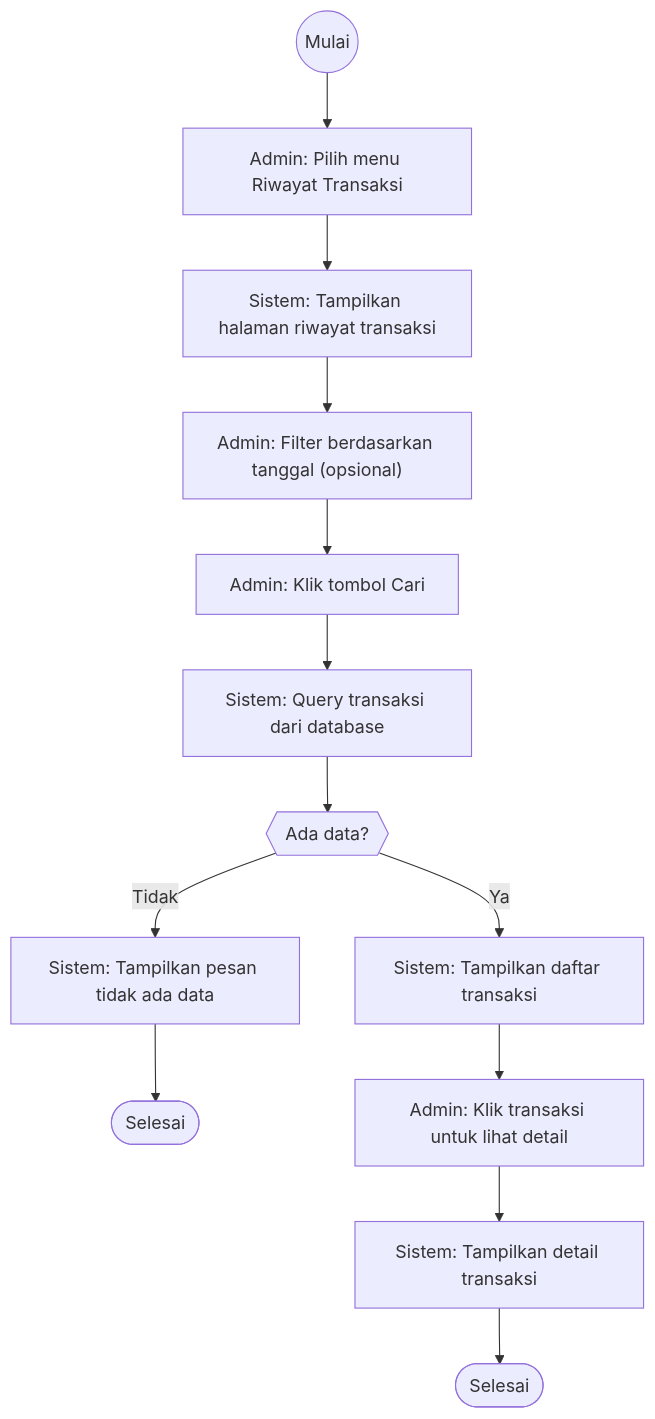
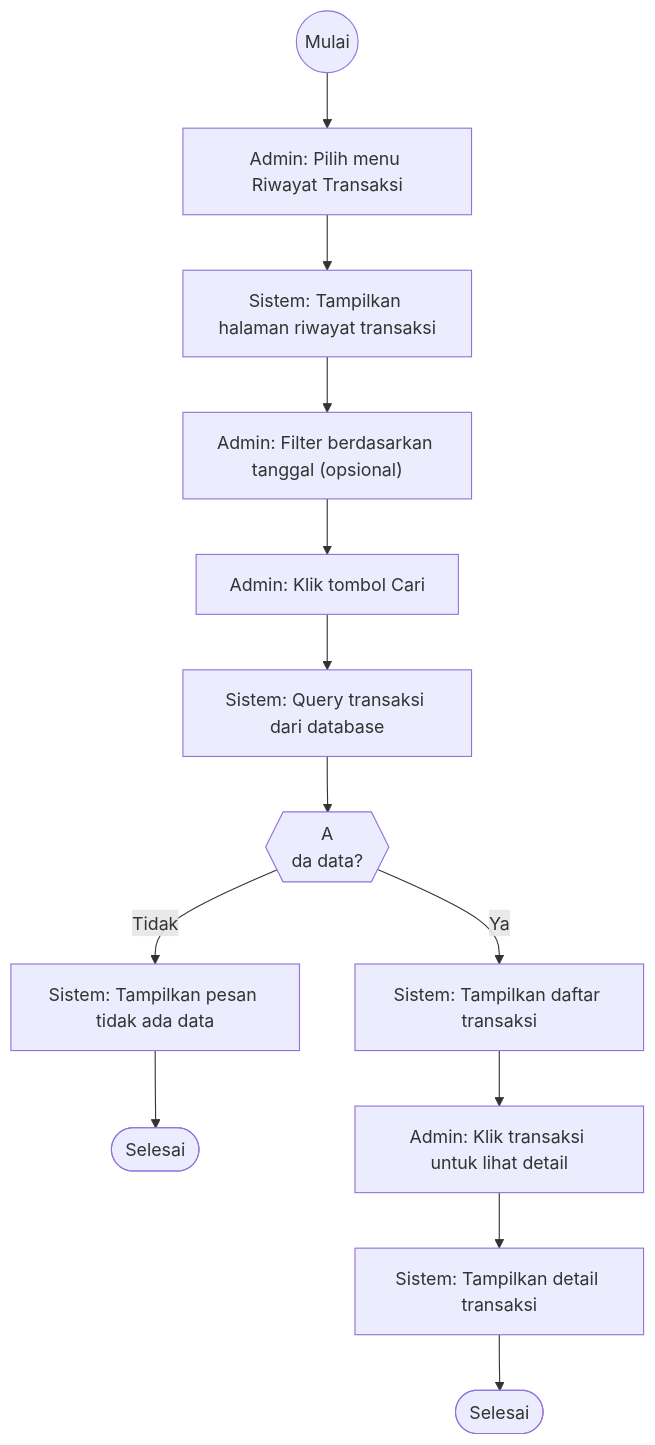
One commit to devWebs01/POS-DW changed diagram 12 of 40 in docs/4.2-perancangan-sistem.md. Above: the diagram before and after it, drawn with Mermaid. The commit also changed other lines of this file, not shown here.

````diff
--- a/docs/4.2-perancangan-sistem.md
+++ b/docs/4.2-perancangan-sistem.md
@@ -1194,22 +1243,23 @@
 ```mermaid
 flowchart TD
   start((Mulai))
   A_A["Admin: Pilih menu Riwayat Transaksi"]
   start --> A_A
   S_A["Sistem: Tampilkan halaman riwayat transaksi"]
   A_A --> S_A
   A_B["Admin: Filter berdasarkan tanggal (opsional)"]
   S_A --> A_B
   A_C["Admin: Klik tombol Cari"]
   A_B --> A_C
   S_B["Sistem: Query transaksi dari database"]
   A_C --> S_B
-  D_A{{"Ada data?"}}
+  D_A{{"A
+da data?"}}
   S_B --> D_A
   D_A -->|Tidak| E_A["Sistem: Tampilkan pesan tidak ada data"]
   E_A --> end_empty([Selesai])
   D_A -->|Ya| S_C["Sistem: Tampilkan daftar transaksi"]
   S_C --> A_D["Admin: Klik transaksi untuk lihat detail"]
   A_D --> S_D["Sistem: Tampilkan detail transaksi"]
   S_D --> end_success([Selesai])
 ```
````
